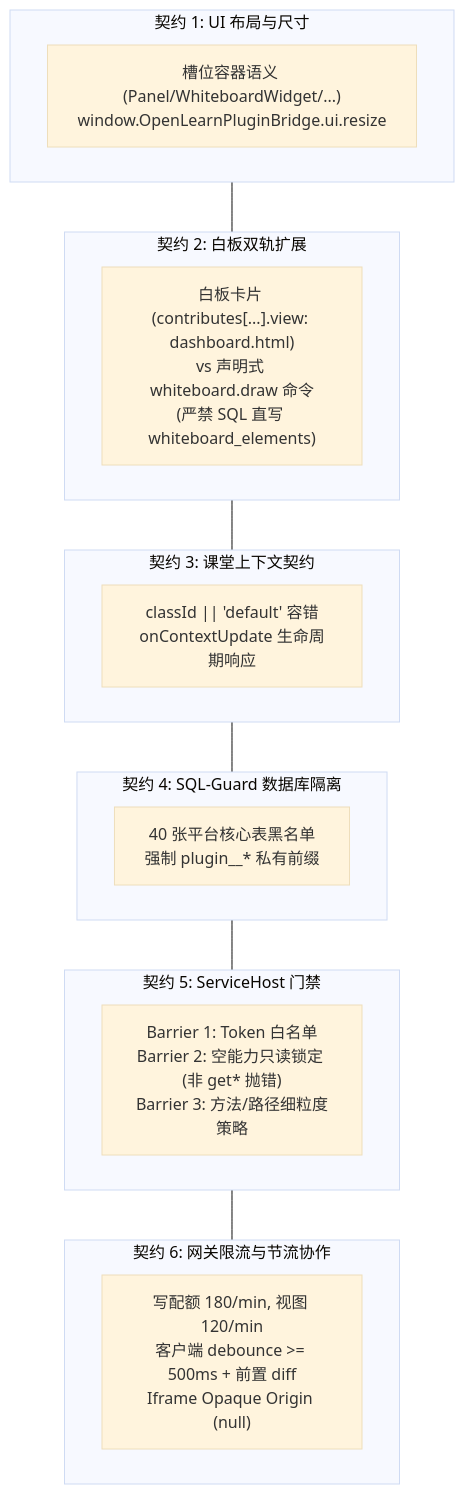
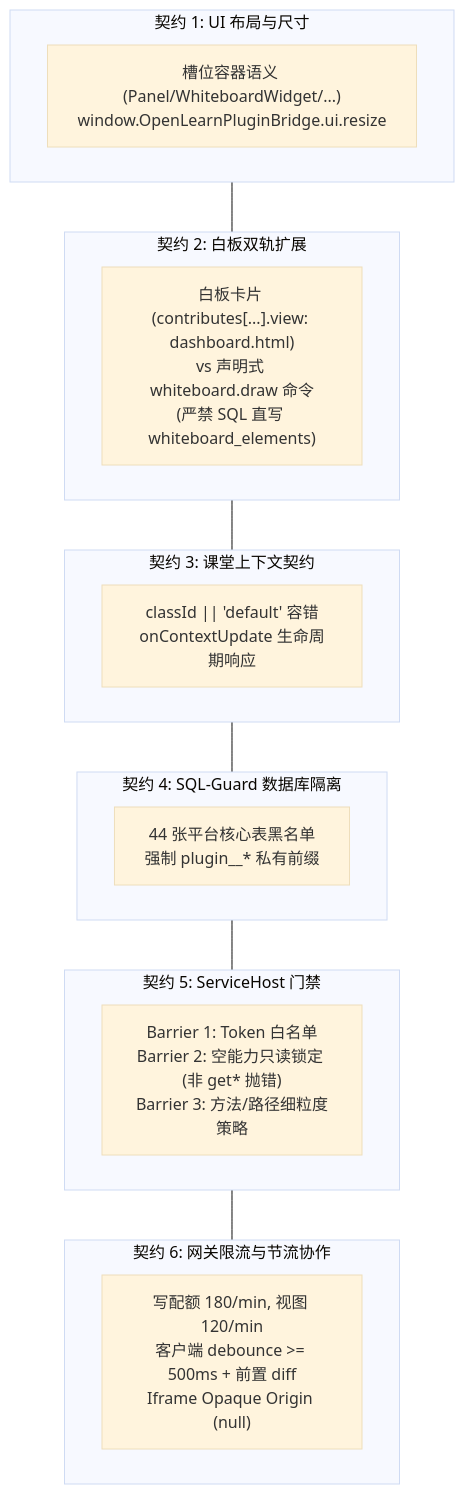
Before and after one commit to aymwoo/OpenLearn-Next-V2: the diagram in docs/reference/plugin-architecture-contracts.md, drawn with Mermaid (base theme). The commit also changed other lines of this file and 29 other files, not shown here.

````diff
--- a/docs/reference/plugin-architecture-contracts.md
+++ b/docs/reference/plugin-architecture-contracts.md
@@ -21,23 +21,23 @@
 ```mermaid
 graph TD
     subgraph UI ["契约 1: UI 布局与尺寸"]
         C1["槽位容器语义 (Panel/WhiteboardWidget/...)<br/>window.OpenLearnPluginBridge.ui.resize"]
     end
     subgraph WB ["契约 2: 白板双轨扩展"]
         C2["白板卡片 (contributes[...].view: dashboard.html)<br/>vs 声明式 whiteboard.draw 命令<br/>(严禁 SQL 直写 whiteboard_elements)"]
     end
     subgraph CTX ["契约 3: 课堂上下文契约"]
         C3["classId || 'default' 容错<br/>onContextUpdate 生命周期响应"]
     end
     subgraph DB ["契约 4: SQL-Guard 数据库隔离"]
-        C4["40 张平台核心表黑名单<br/>强制 plugin_<scopeId>_* 私有前缀"]
+        C4["44 张平台核心表黑名单<br/>强制 plugin_<scopeId>_* 私有前缀"]
     end
     subgraph RPC ["契约 5: ServiceHost 门禁"]
         C5["Barrier 1: Token 白名单<br/>Barrier 2: 空能力只读锁定 (非 get* 抛错)<br/>Barrier 3: 方法/路径细粒度策略"]
     end
     subgraph GW ["契约 6: 网关限流与节流协作"]
         C6["写配额 180/min, 视图 120/min<br/>客户端 debounce >= 500ms + 前置 diff<br/>Iframe Opaque Origin (null)"]
     end
 
     UI --- WB --- CTX --- DB --- RPC --- GW
 ```
````
